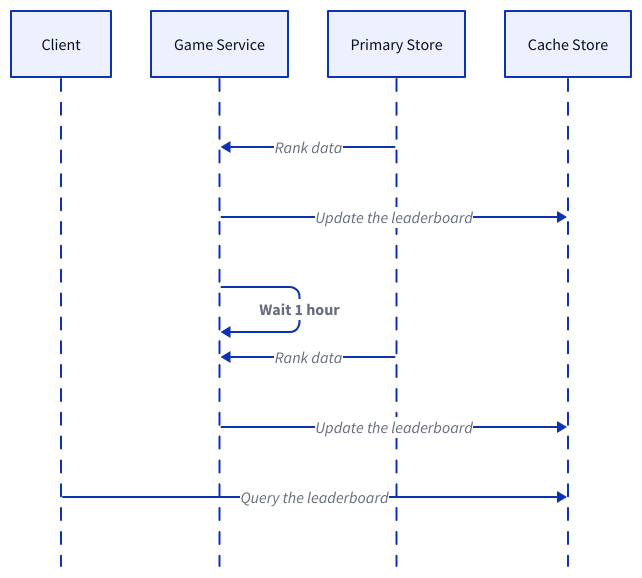
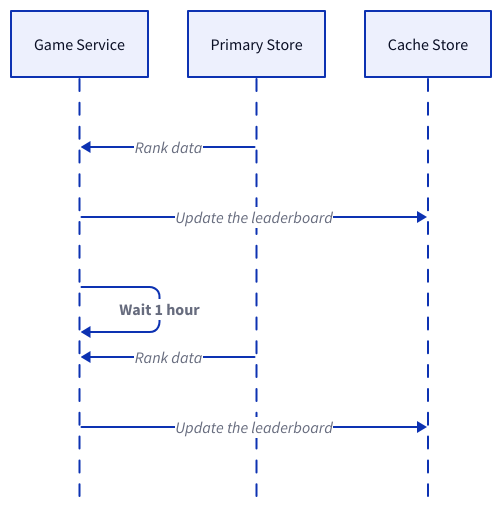
Before and after one commit to link1905/system-design-101: the sixth of 7 diagrams in content/docs/design-patterns/caching-patterns.md, drawn with D2. The commit also changed other lines of this file and 12 other files, not shown here.

````diff
--- a/content/docs/design-patterns/caching-patterns.md
+++ b/content/docs/design-patterns/caching-patterns.md
@@ -153,23 +157,19 @@
 ```d2
 shape: sequence_diagram
-client: Client {
-    class: client
-}
 s: Game Service {
     class: server
 }
 db: Primary Store {
     class: db
 }
 c: Cache Store {
     class: cache
 }
 s <- db: Rank data
 s -> c: Update the leaderboard
 s -> s: Wait 1 hour {
     style.bold: true
 }
 s <- db: Rank data
 s -> c: Update the leaderboard
-client -> c: Query the leaderboard
 ```
````
